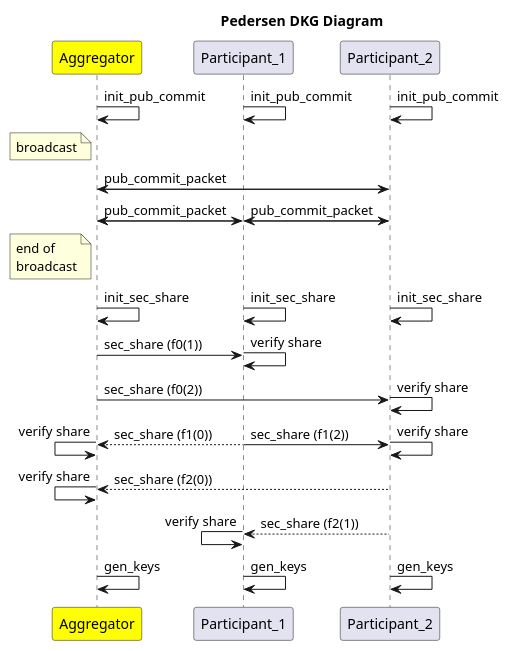
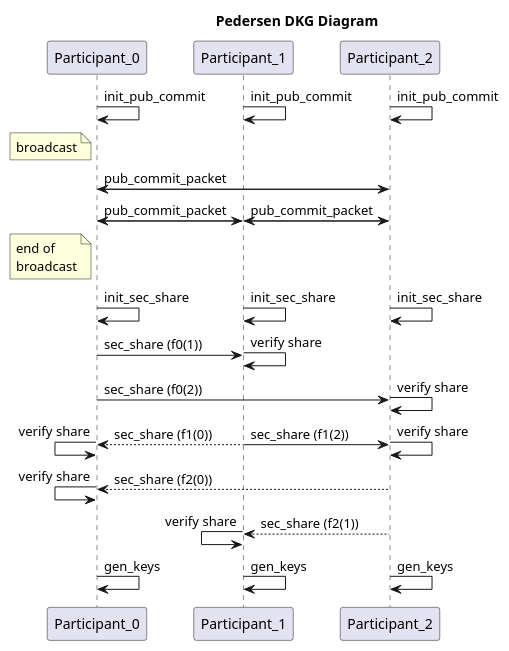
One commit to Jas0n00/FROST_thesis changed the diagram in setup_scheme.puml. Above: the diagram before and after it, drawn with PlantUML. The commit also changed 7 other files, not shown here.

```diff
--- a/setup_scheme.puml
+++ b/setup_scheme.puml
@@ -1,52 +1,52 @@
 @startuml Pedersen DKG
 title Pedersen DKG Diagram
-participant Aggregator as agg #Yellow
+participant Participant_0 as p0
 participant Participant_1 as p1
 participant Participant_2 as p2
 
  
 
 !pragma teoz true
 
-agg -> agg : init_pub_commit
+p0 -> p0 : init_pub_commit
 & p1 -> p1 : init_pub_commit
 & p2 -> p2 : init_pub_commit
 
-note left of agg : broadcast
-agg -> p2 : pub_commit_packet
-& p2 -> agg 
+note left of p0 : broadcast
+p0 -> p2 : pub_commit_packet
+& p2 -> p0 
 
-agg -> p1 : pub_commit_packet
-& p1 -> agg 
+p0 -> p1 : pub_commit_packet
+& p1 -> p0 
 & p1 -> p2 : pub_commit_packet
 & p2 -> p1
-note left of agg : end of \nbroadcast
+note left of p0 : end of \nbroadcast
 
-agg -> agg : init_sec_share
+p0 -> p0 : init_sec_share
 & p1 -> p1 : init_sec_share
 & p2 -> p2 : init_sec_share
 
-agg -> p1 : sec_share (f0(1))
+p0 -> p1 : sec_share (f0(1))
 & p1 -> p1 : verify share
 
-agg -> p2 : sec_share (f0(2))
+p0 -> p2 : sec_share (f0(2))
 & p2 -> p2 : verify share
 
-p1 --> agg : sec_share (f1(0))
-& agg <- agg : verify share
+p1 --> p0 : sec_share (f1(0))
+& p0 <- p0 : verify share
 
 & p1 -> p2 : sec_share (f1(2))
 & p2 -> p2 : verify share
 
-p2 --> agg : sec_share (f2(0))
-& agg <- agg : verify share
+p2 --> p0 : sec_share (f2(0))
+& p0 <- p0 : verify share
 
 p2 --> p1 : sec_share (f2(1))
 & p1 <- p1 : verify share
 
 
-agg -> agg : gen_keys
+p0 -> p0 : gen_keys
 & p1 -> p1 : gen_keys
 & p2 -> p2 : gen_keys
 
 @enduml
```
